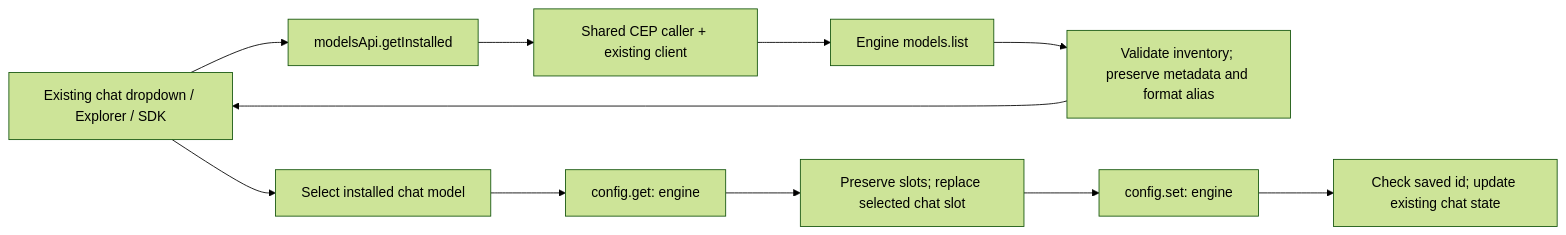
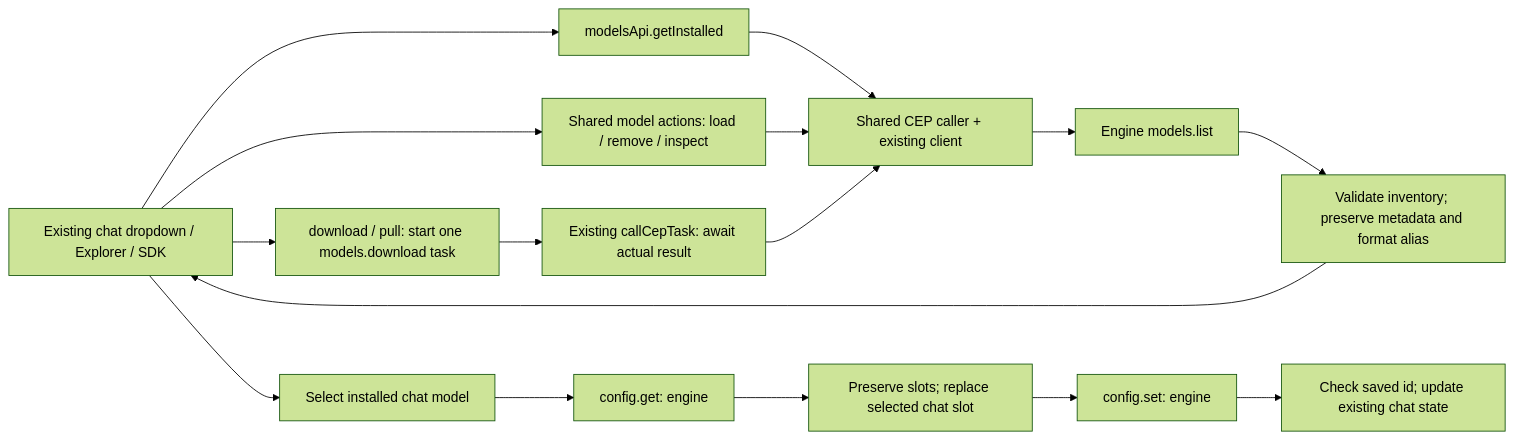
Before and after one commit to cluaiz/cluaiz-app: the diagram in src/api/engine/models/README.md, drawn with Mermaid (forest theme). The commit also changed other lines of this file and 8 other files, not shown here.

Commit message:
fix(app/models): migrate lifecycle and header actions to CEP

````diff
--- a/src/api/engine/models/README.md
+++ b/src/api/engine/models/README.md
@@ -8,13 +8,18 @@
 ```mermaid
 flowchart LR
     UI["Existing chat dropdown / Explorer / SDK"] --> M["modelsApi.getInstalled"]
     M --> C["Shared CEP caller + existing client"]
     C --> E["Engine models.list"]
     E --> A["Validate inventory; preserve metadata and format alias"]
     A --> UI
+    UI --> L["Shared model actions: load / remove / inspect"]
+    L --> C
+    UI --> D["download / pull: start one models.download task"]
+    D --> T["Existing callCepTask: await actual result"]
+    T --> C
     UI --> S["Select installed chat model"]
     S --> G["config.get: engine"]
     G --> P["Preserve slots; replace selected chat slot"]
     P --> W["config.set: engine"]
     W --> ACK["Check saved id; update existing chat state"]
 ```
````
